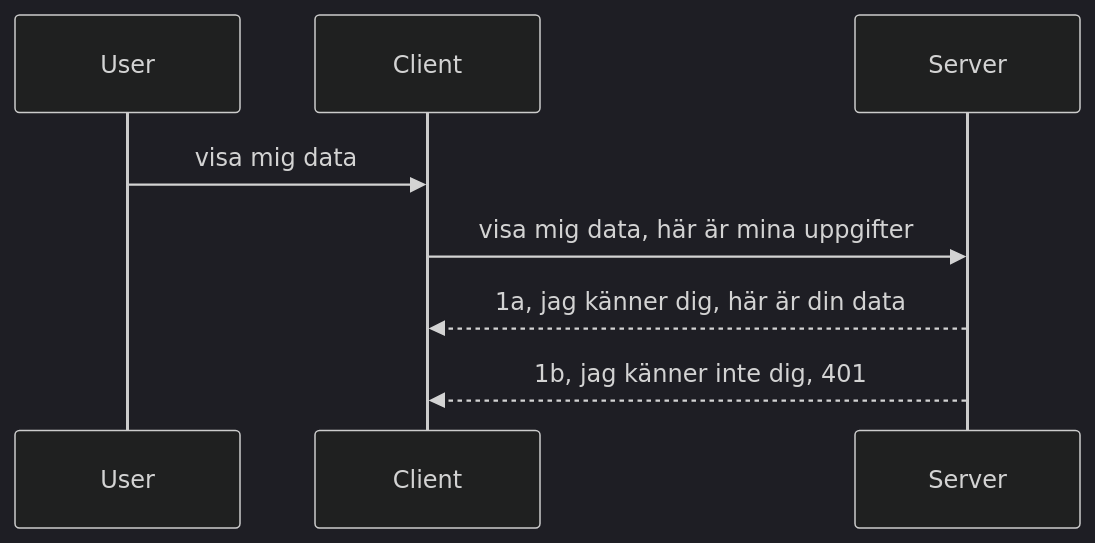
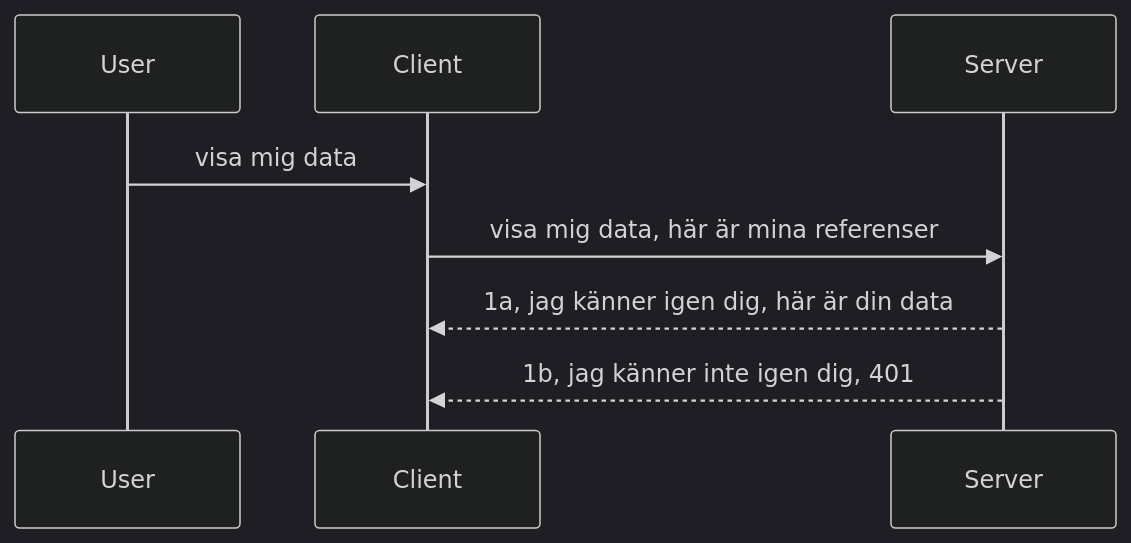
The diagram in mcp_ecosystem__model_context_protocol/mcp_learning_resources/mcp-for-beginners/translations/sv/03-GettingStarted/11-simple-auth/README.md (HIDORAKAI002/ai-workspace-archive), drawn with Mermaid (dark theme) before and after one commit. The commit also changed other lines of this file and 1160 other files, not shown here.

````diff
--- a/mcp_ecosystem__model_context_protocol/mcp_learning_resources/mcp-for-beginners/translations/sv/03-GettingStarted/11-simple-auth/README.md
+++ b/mcp_ecosystem__model_context_protocol/mcp_learning_resources/mcp-for-beginners/translations/sv/03-GettingStarted/11-simple-auth/README.md
@@ -24,11 +24,11 @@
 ```mermaid
 sequenceDiagram
    participant User
    participant Client
    participant Server
 
    User->>Client: visa mig data
-   Client->>Server: visa mig data, här är mina uppgifter
-   Server-->>Client: 1a, jag känner dig, här är din data
-   Server-->>Client: 1b, jag känner inte dig, 401 
+   Client->>Server: visa mig data, här är mina referenser
+   Server-->>Client: 1a, jag känner igen dig, här är din data
+   Server-->>Client: 1b, jag känner inte igen dig, 401 
 ```
````
